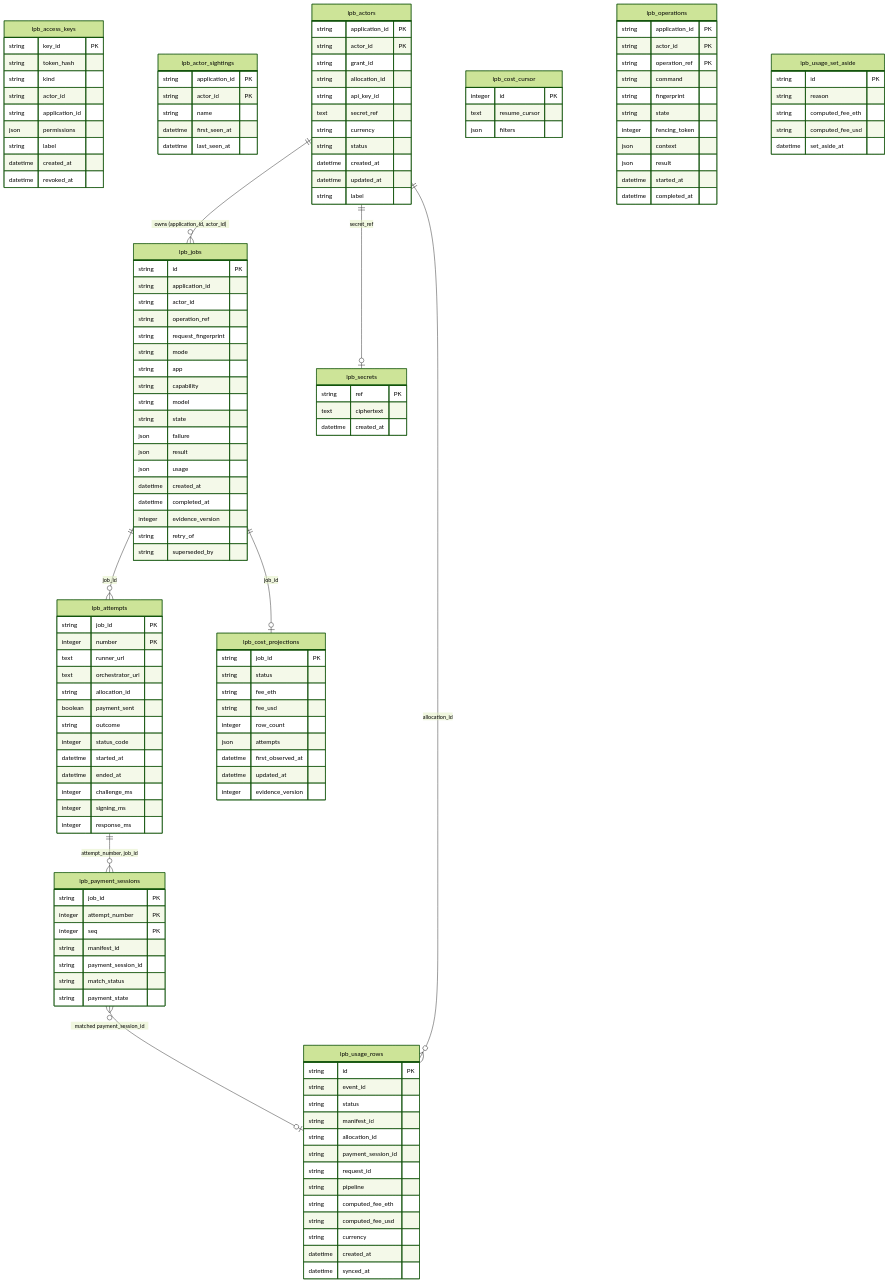
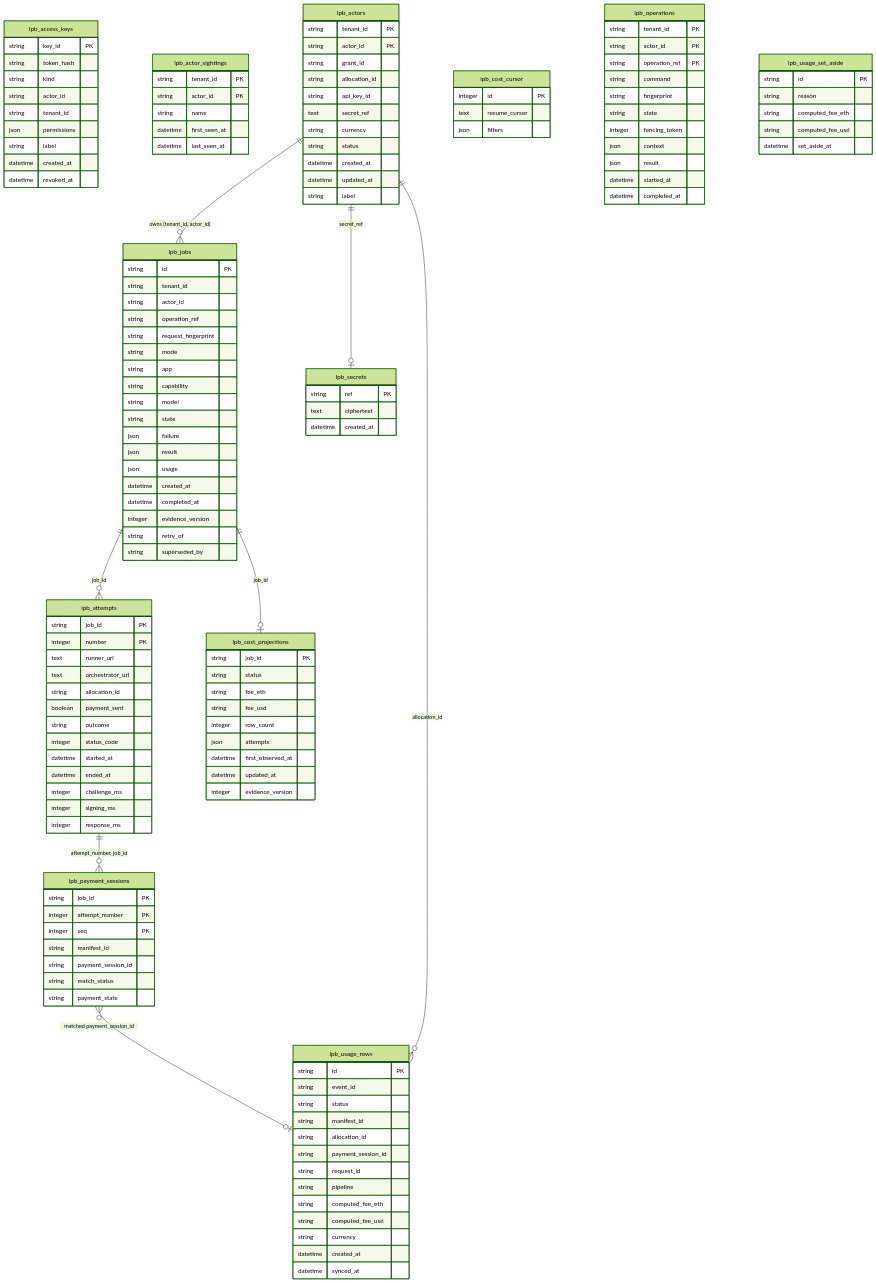
One commit to NE-Build-Track/livepeer-builder-core changed the diagram in docs/generated/db-schema.md. Above: the diagram before and after it, drawn with Mermaid (forest theme). The commit also changed other lines of this file and 113 other files, not shown here.

First line of the commit message:
refactor(api)!: application_id becomes tenant_id, in records too (#163)

```diff
--- a/docs/generated/db-schema.md
+++ b/docs/generated/db-schema.md
@@ -12,21 +12,21 @@
         string token_hash
         string kind
         string actor_id
-        string application_id
+        string tenant_id
         json permissions
         string label
         datetime created_at
         datetime revoked_at
     }
     lpb_actor_sightings {
-        string application_id PK
+        string tenant_id PK
         string actor_id PK
         string name
         datetime first_seen_at
         datetime last_seen_at
     }
     lpb_actors {
-        string application_id PK
+        string tenant_id PK
         string actor_id PK
         string grant_id
         string allocation_id
@@ -71,7 +71,7 @@
     }
     lpb_jobs {
         string id PK
-        string application_id
+        string tenant_id
         string actor_id
         string operation_ref
         string request_fingerprint
@@ -90,7 +90,7 @@
         string superseded_by
     }
     lpb_operations {
-        string application_id PK
+        string tenant_id PK
         string actor_id PK
         string operation_ref PK
         string command
@@ -141,7 +141,7 @@
     lpb_attempts ||--o{ lpb_payment_sessions : "attempt_number, job_id"
     lpb_jobs ||--o{ lpb_attempts : "job_id"
     lpb_jobs ||--o| lpb_cost_projections : "job_id"
-    lpb_actors ||--o{ lpb_jobs : "owns (application_id, actor_id)"
+    lpb_actors ||--o{ lpb_jobs : "owns (tenant_id, actor_id)"
     lpb_actors ||--o| lpb_secrets : "secret_ref"
     lpb_payment_sessions }o--o| lpb_usage_rows : "matched payment_session_id"
     lpb_actors ||--o{ lpb_usage_rows : "allocation_id"
```
